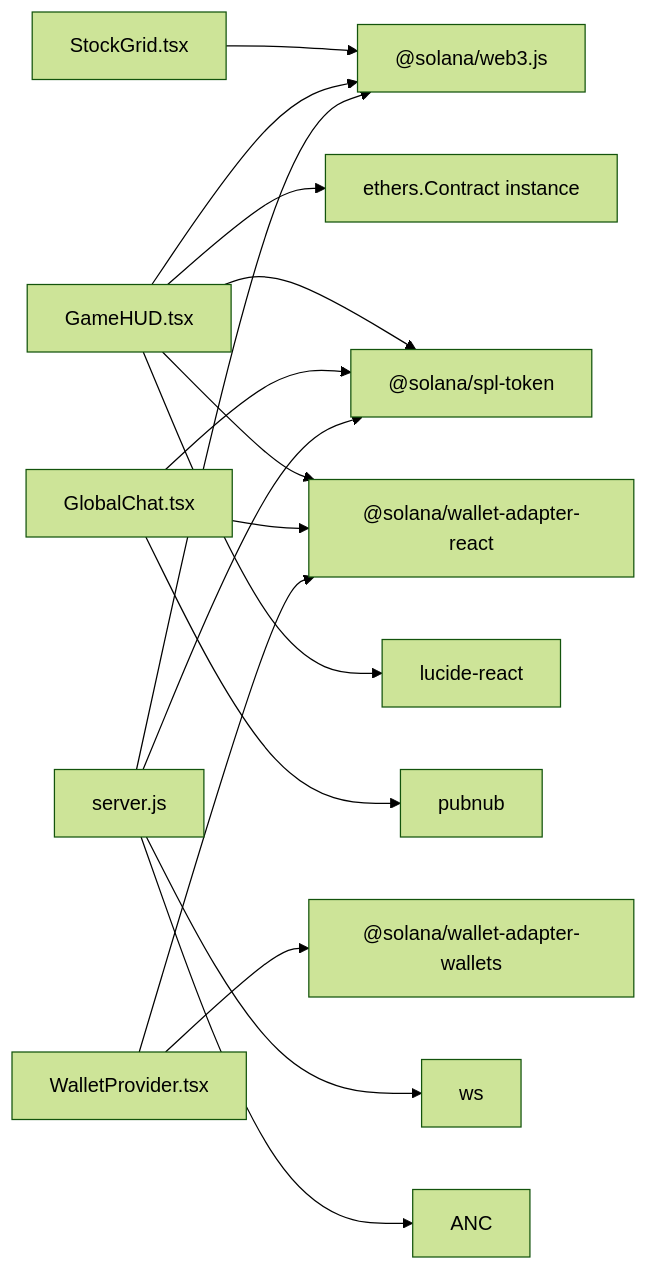
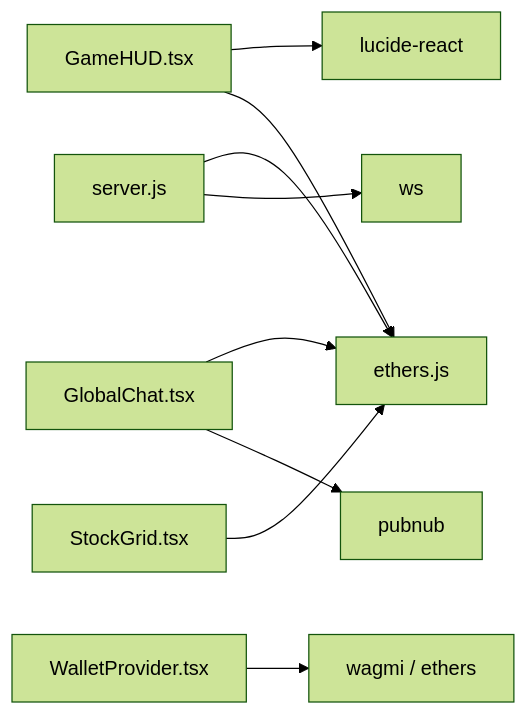
The fourth of 4 diagrams in docs/technical-architecture.md (manovHacksaw/spermdotfun), drawn with Mermaid (forest theme) before and after one commit. The commit also changed other lines of this file and 11 other files, not shown here.

````diff
--- a/docs/technical-architecture.md
+++ b/docs/technical-architecture.md
@@ -210,18 +210,11 @@
 ```mermaid
 graph LR
-    SG["StockGrid.tsx"] --> WJS["@solana/web3.js"]
-    GH["GameHUD.tsx"] --> WJS
-    GH["GameHUD.tsx"] --> ETH["ethers.Contract instance"]
-    GH["GameHUD.tsx"] --> SPL["@solana/spl-token"]
-    GH["GameHUD.tsx"] --> WA["@solana/wallet-adapter-react"]
+    SG["StockGrid.tsx"] --> ETH["ethers.js"]
+    GH["GameHUD.tsx"] --> ETH
     GH["GameHUD.tsx"] --> LR["lucide-react"]
     GC["GlobalChat.tsx"] --> PN["pubnub"]
-    GC["GlobalChat.tsx"] --> SPL
-    GC["GlobalChat.tsx"] --> WA
-    WP["WalletProvider.tsx"] --> WA
-    WP["WalletProvider.tsx"] --> WAW["@solana/wallet-adapter-wallets"]
+    GC["GlobalChat.tsx"] --> ETH
+    WP["WalletProvider.tsx"] --> WAG["wagmi / ethers"]
     SRV["server.js"] --> WS["ws"]
-    SRV --> ANC
-    SRV --> WJS
-    SRV --> SPL
+    SRV --> ETH
 ```
````
